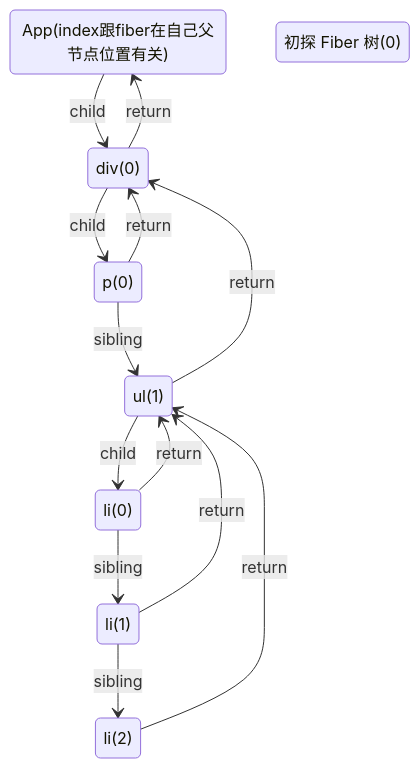
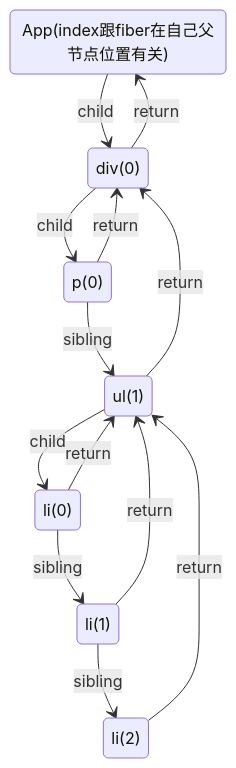
One commit to MrArky/ReactSourceCode changed the diagram in 学习手册/Reconciler（协调器）/Fiber.md. Above: the diagram before and after it, drawn with Mermaid.

Commit message:
Update Fiber.md
修改 Fiber 树 结构图

````diff
--- a/学习手册/Reconciler（协调器）/Fiber.md
+++ b/学习手册/Reconciler（协调器）/Fiber.md
@@ -225,30 +225,30 @@
 ``` mermaid
   stateDiagram
   App(index跟fiber在自己父节点位置有关) --> div(0) : child
   div(0) --> App(index跟fiber在自己父节点位置有关) : return
   div(0) --> p(0) : child
-  string1: 初探 Fiber 树(0)
+  %% string1: 初探 Fiber 树(0)
   %% string2: 努力(0)
   %% string3: 加油(0)
   %% string4: 上进(0)
   li1 : li(0)
   li2 : li(1)
   li3 : li(2)
   %% p(0) --> string1 : child
   %% string1 --> p(0) : return
   p(0) --> ul(1) : sibling
   p(0) --> div(0) : return
   ul(1) --> li1 : child
   ul(1) --> div(0) : return
   %% li1 --> string2 : child
   li1 --> li2 : sibling
   li1 --> ul(1) : return
   %% string2 --> li1 : return
   %% li2 --> string3 : child
   li2 --> li3 : sibling
   li2 --> ul(1) : return
   %% string3 --> li2 : return
   %% li3 --> string4 : child
   li3 --> ul(1) : return
   %% string4 --> li3 : return
 ```
````
